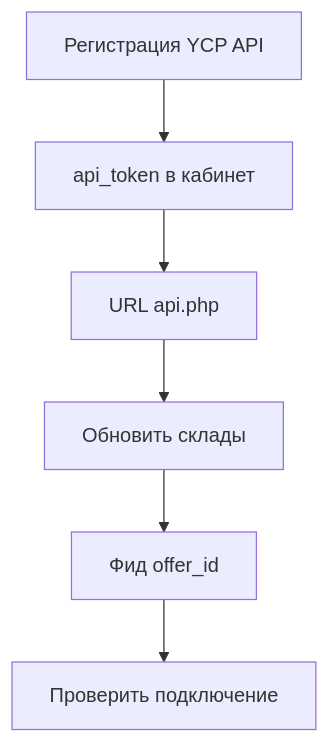
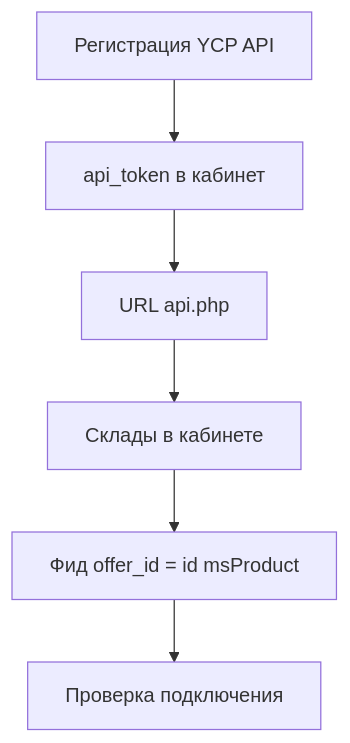
The third of 3 diagrams in docs/components/msyandexcommerce/ycp.md (modx-pro/Docs), drawn with Mermaid before and after one commit. The commit also changed other lines of this file and 4 other files, not shown here.

````diff
--- a/docs/components/msyandexcommerce/ycp.md
+++ b/docs/components/msyandexcommerce/ycp.md
@@ -119,8 +190,8 @@
 ```mermaid
 flowchart TB
   Reg[Регистрация YCP API] --> Token[api_token в кабинет]
   Token --> Url[URL api.php]
-  Url --> Wh[Обновить склады]
-  Wh --> Feed[Фид offer_id]
-  Feed --> Test[Проверить подключение]
+  Url --> Wh[Склады в кабинете]
+  Wh --> Feed[Фид offer_id = id msProduct]
+  Feed --> Test[Проверка подключения]
 ```
````
